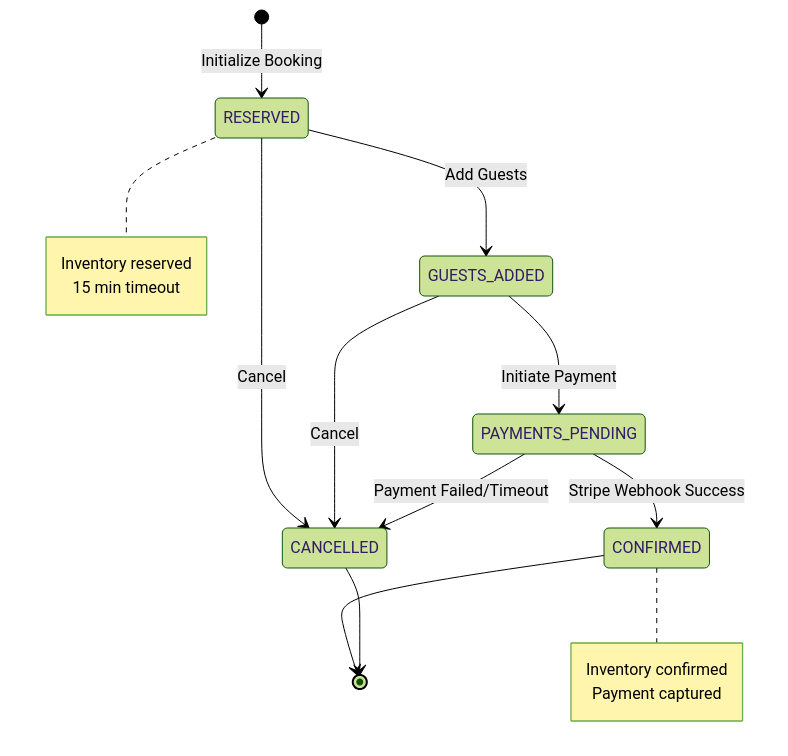
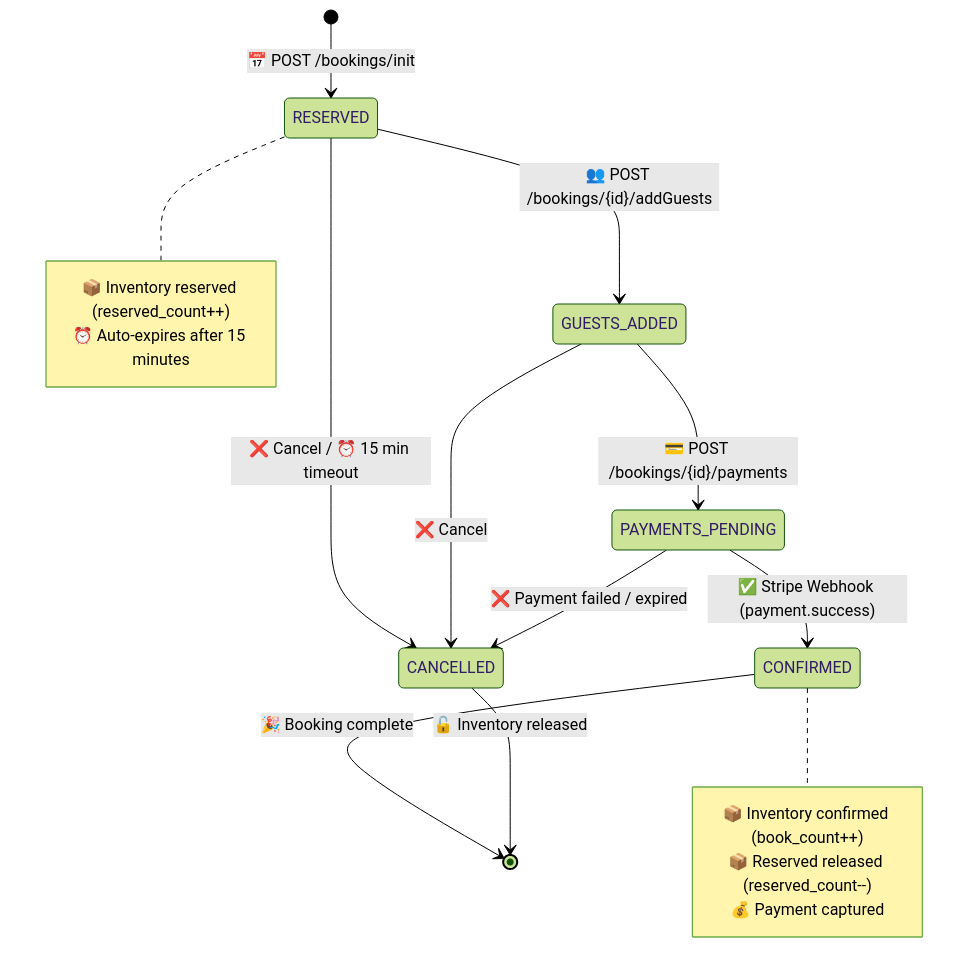
One commit to pankajshakya627/Airbnb changed the fourth of 11 diagrams in docs/HLD.md. Above: the diagram before and after it, drawn with Mermaid (forest theme). The commit also changed other lines of this file, not shown here.

````diff
--- a/docs/HLD.md
+++ b/docs/HLD.md
@@ -420,26 +357,27 @@
 ```mermaid
 stateDiagram-v2
-    [*] --> RESERVED: Initialize Booking
+    [*] --> RESERVED: 📅 POST /bookings/init
 
-    RESERVED --> GUESTS_ADDED: Add Guests
-    RESERVED --> CANCELLED: Cancel
+    RESERVED --> GUESTS_ADDED: 👥 POST /bookings/{id}/addGuests
+    RESERVED --> CANCELLED: ❌ Cancel / ⏰ 15 min timeout
 
-    GUESTS_ADDED --> PAYMENTS_PENDING: Initiate Payment
-    GUESTS_ADDED --> CANCELLED: Cancel
+    GUESTS_ADDED --> PAYMENTS_PENDING: 💳 POST /bookings/{id}/payments
+    GUESTS_ADDED --> CANCELLED: ❌ Cancel
 
-    PAYMENTS_PENDING --> CONFIRMED: Stripe Webhook Success
-    PAYMENTS_PENDING --> CANCELLED: Payment Failed/Timeout
+    PAYMENTS_PENDING --> CONFIRMED: ✅ Stripe Webhook (payment.success)
+    PAYMENTS_PENDING --> CANCELLED: ❌ Payment failed / expired
 
-    CONFIRMED --> [*]
-    CANCELLED --> [*]
+    CONFIRMED --> [*]: 🎉 Booking complete
+    CANCELLED --> [*]: 🔓 Inventory released
 
     note right of RESERVED
-        Inventory reserved
-        15 min timeout
+        📦 Inventory reserved (reserved_count++)
+        ⏰ Auto-expires after 15 minutes
     end note
 
     note right of CONFIRMED
-        Inventory confirmed
-        Payment captured
+        📦 Inventory confirmed (book_count++)
+        📦 Reserved released (reserved_count--)
+        💰 Payment captured
     end note
 ```
````
